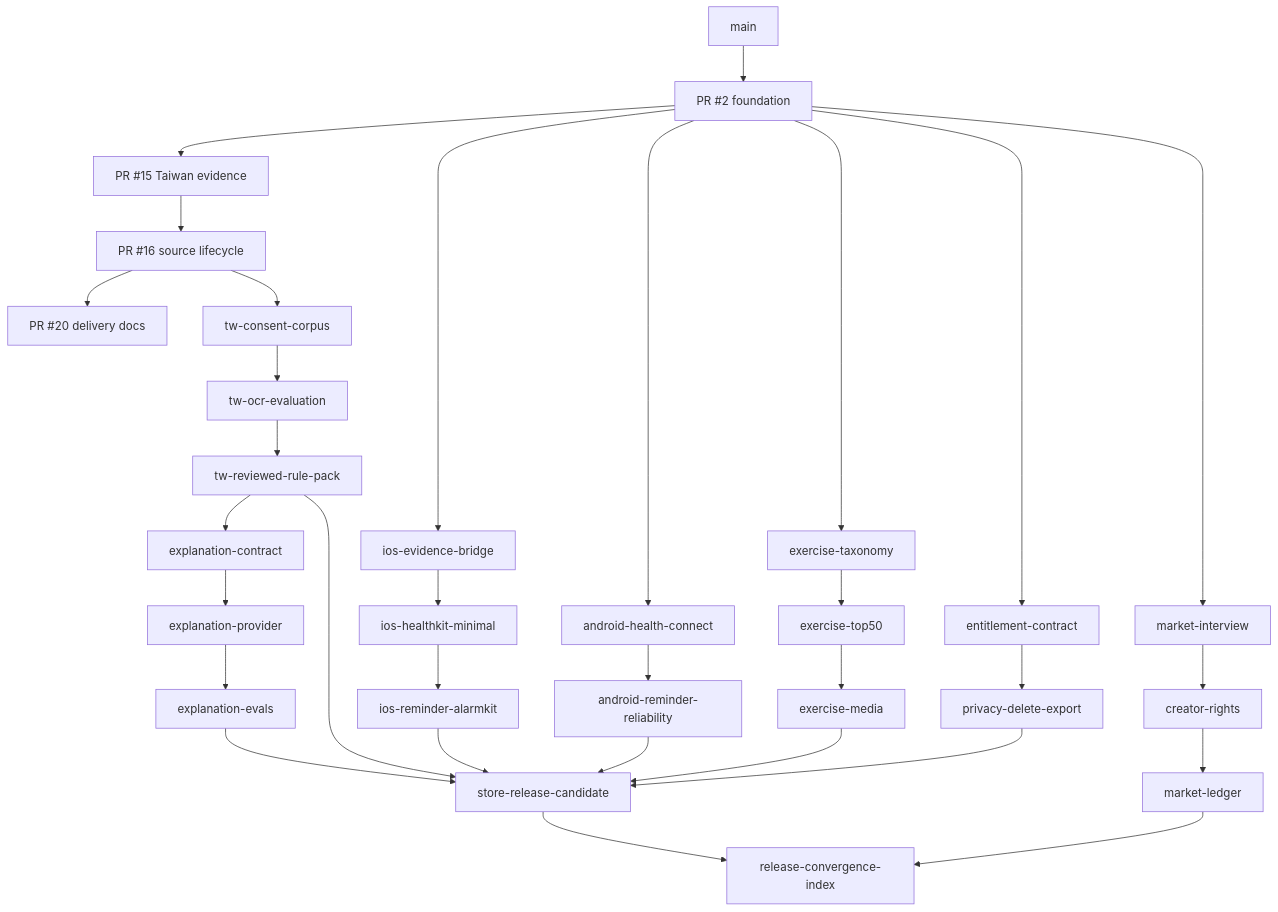
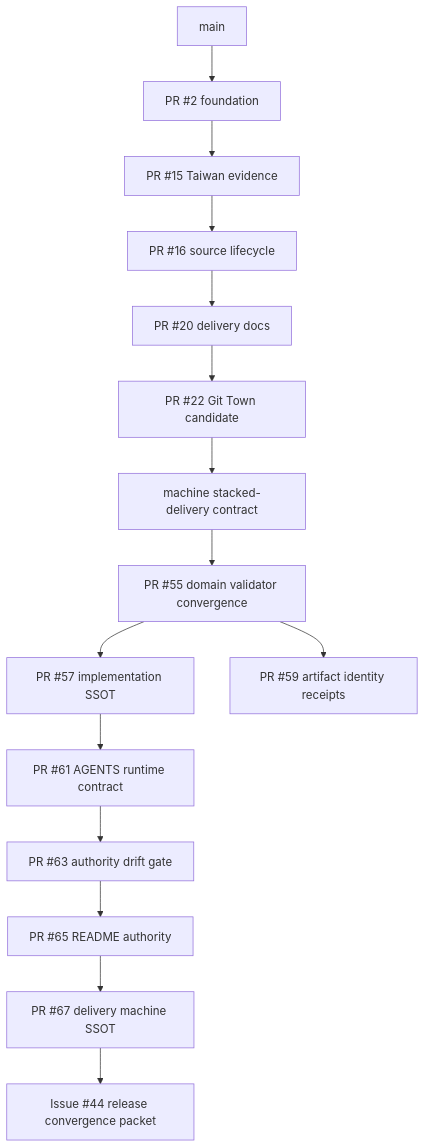
One commit to ed3c/gym-come-true changed the diagram in docs/git/STACKED_PRS.md. Above: the diagram before and after it, drawn with Mermaid. The commit also changed other lines of this file, not shown here.

Commit message:
docs: reconcile live stacked PR graph

````diff
--- a/docs/git/STACKED_PRS.md
+++ b/docs/git/STACKED_PRS.md
@@ -54,46 +28,22 @@
 ```mermaid
 flowchart TB
     MAIN[main]
-    F[PR #2 foundation]
-    TW0[PR #15 Taiwan evidence]
-    TWL[PR #16 source lifecycle]
-    DOC[PR #20 delivery docs]
-    TWC[tw-consent-corpus]
-    TWO[tw-ocr-evaluation]
-    TWR[tw-reviewed-rule-pack]
-    I1[ios-evidence-bridge]
-    I2[ios-healthkit-minimal]
-    I3[ios-reminder-alarmkit]
-    A1[android-health-connect]
-    A2[android-reminder-reliability]
-    C1[exercise-taxonomy]
-    C2[exercise-top50]
-    C3[exercise-media]
-    L1[explanation-contract]
-    L2[explanation-provider]
-    L3[explanation-evals]
-    E1[entitlement-contract]
-    E2[privacy-delete-export]
-    E3[store-release-candidate]
-    M1[market-interview]
-    M2[creator-rights]
-    M3[market-ledger]
-    X[release-convergence-index]
+    S0[PR #2 foundation]
+    S1[PR #15 Taiwan evidence]
+    S2[PR #16 source lifecycle]
+    S3[PR #20 delivery docs]
+    S4[PR #22 Git Town candidate]
+    S5[machine stacked-delivery contract]
+    X2[PR #55 domain validator convergence]
+    X3[PR #57 implementation SSOT]
+    X4[PR #59 artifact identity receipts]
+    X5[PR #61 AGENTS runtime contract]
+    X6[PR #63 authority drift gate]
+    X7[PR #65 README authority]
+    X8[PR #67 delivery machine SSOT]
+    G1[Issue #44 release convergence packet]
 
-    MAIN --> F --> TW0 --> TWL --> DOC
-    TWL --> TWC --> TWO --> TWR
-    F --> I1 --> I2 --> I3
-    F --> A1 --> A2
-    F --> C1 --> C2 --> C3
-    TWR --> L1 --> L2 --> L3
-    F --> E1 --> E2
-    F --> M1 --> M2 --> M3
-    TWR --> E3
-    I3 --> E3
-    A2 --> E3
-    C3 --> E3
-    L3 --> E3
-    E2 --> E3
-    E3 --> X
-    M3 --> X
+    MAIN --> S0 --> S1 --> S2 --> S3 --> S4 --> S5 --> X2
+    X2 --> X3 --> X5 --> X6 --> X7 --> X8 --> G1
+    X2 --> X4
 ```
````
